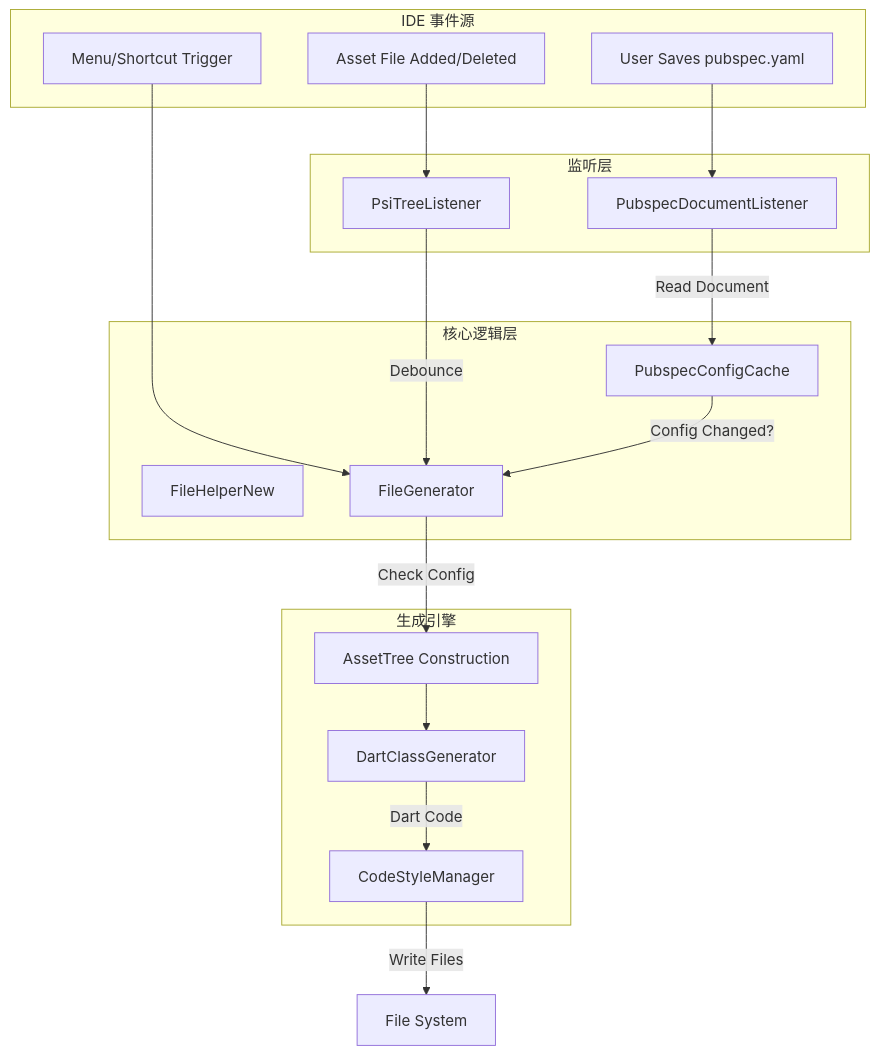
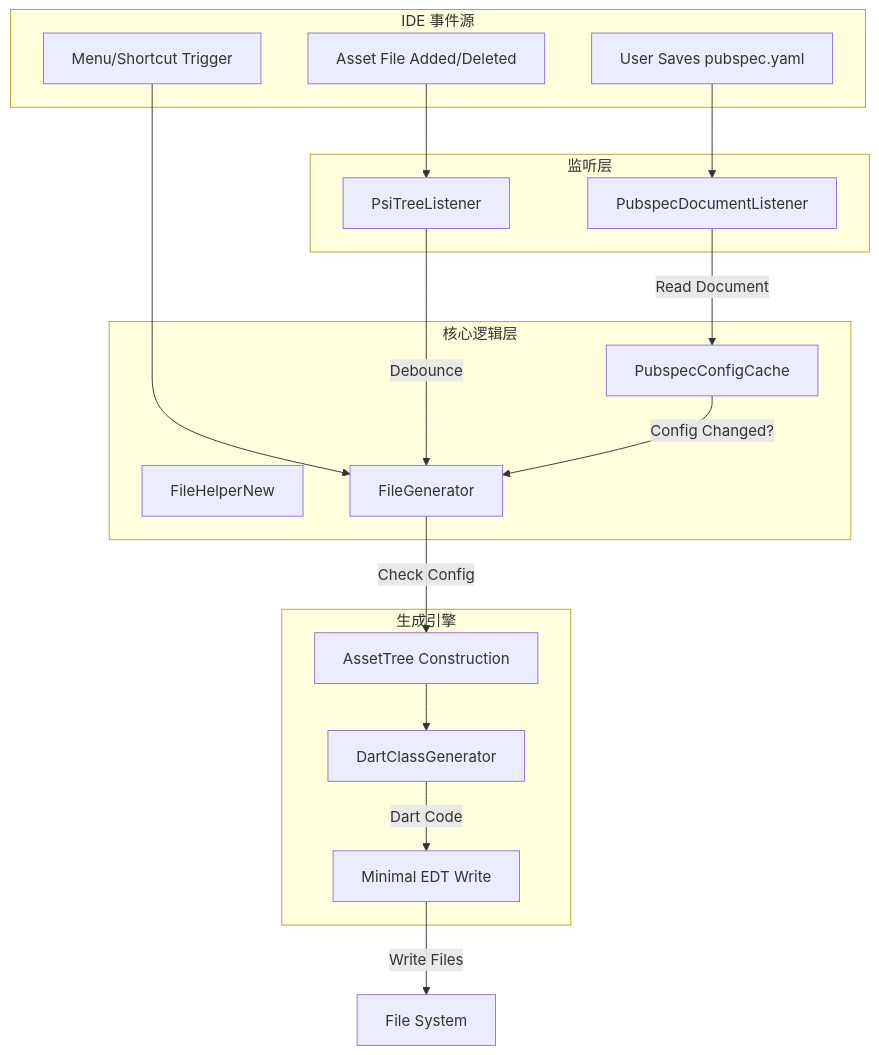
The first of 3 diagrams in doc/TECHNICAL_DESIGN.md (cr1992/FlutterAssetsGenerator), drawn with Mermaid before and after one commit. The commit also changed other lines of this file and 10 other files, not shown here.

````diff
--- a/doc/TECHNICAL_DESIGN.md
+++ b/doc/TECHNICAL_DESIGN.md
@@ -19,38 +19,38 @@
 ```mermaid
 graph TD
     subgraph IDE_Events [IDE 事件源]
         SaveAction[User Saves pubspec.yaml]
         FileChange[Asset File Added/Deleted]
         ManualAction[Menu/Shortcut Trigger]
     end
 
     subgraph Listeners [监听层]
         DocListener[PubspecDocumentListener]
         PsiListener[PsiTreeListener]
     end
 
     subgraph Core_Logic [核心逻辑层]
         Cache[PubspecConfigCache]
         FileHelper[FileHelperNew]
         Orchestrator[FileGenerator]
     end
 
     subgraph Generation_Engine [生成引擎]
         TreeBuilder[AssetTree Construction]
         ClassGen[DartClassGenerator]
-        Formatter[CodeStyleManager]
+        Writer[Minimal EDT Write]
     end
 
     SaveAction --> DocListener
     FileChange --> PsiListener
     ManualAction --> Orchestrator
 
     DocListener -->|Read Document| Cache
     PsiListener -->|Debounce| Orchestrator
     
     Cache -->|Config Changed?| Orchestrator
     Orchestrator -->|Check Config| TreeBuilder
     TreeBuilder --> ClassGen
-    ClassGen -->|Dart Code| Formatter
-    Formatter -->|Write Files| Disk[File System]
+    ClassGen -->|Dart Code| Writer
+    Writer -->|Write Files| Disk[File System]
 ```
````
